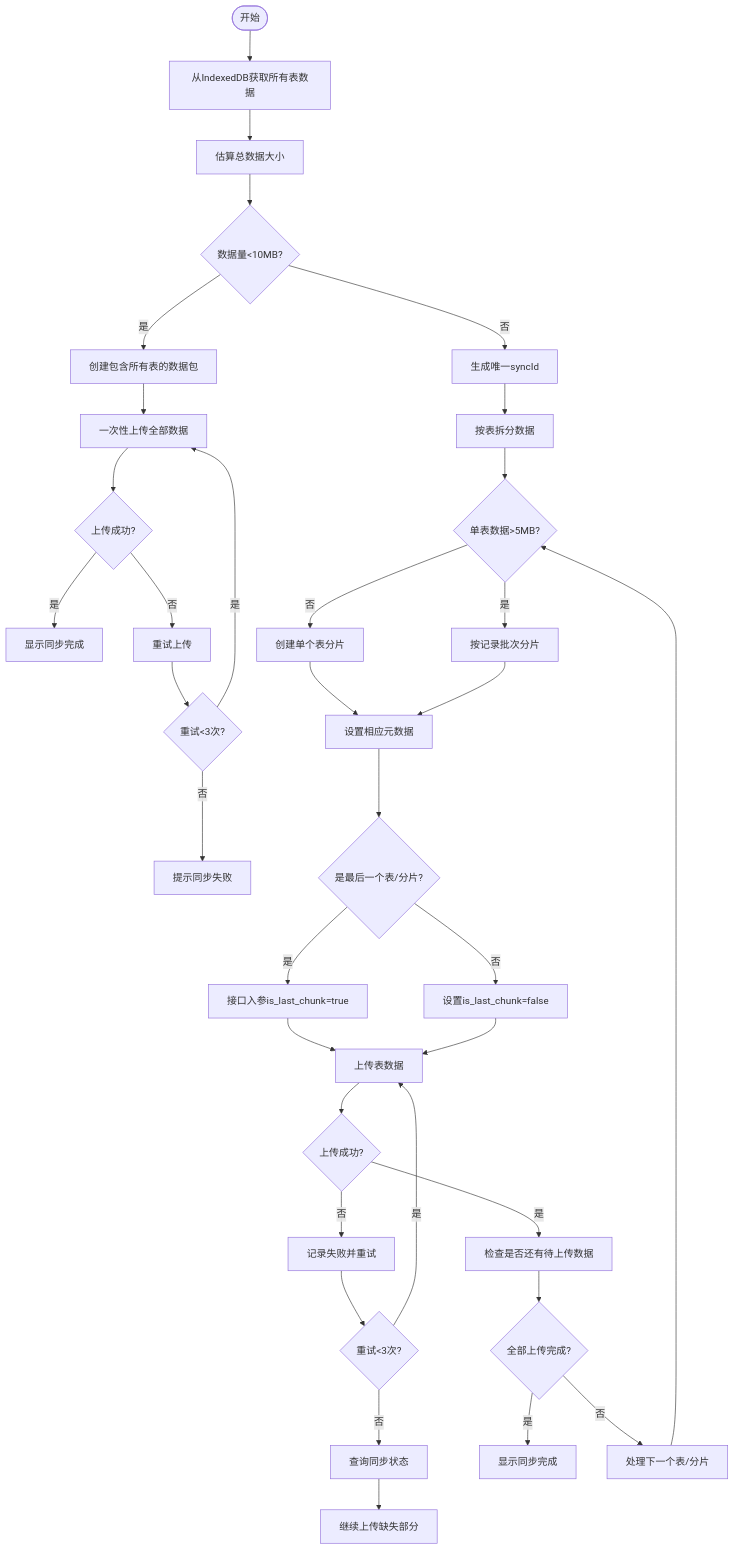
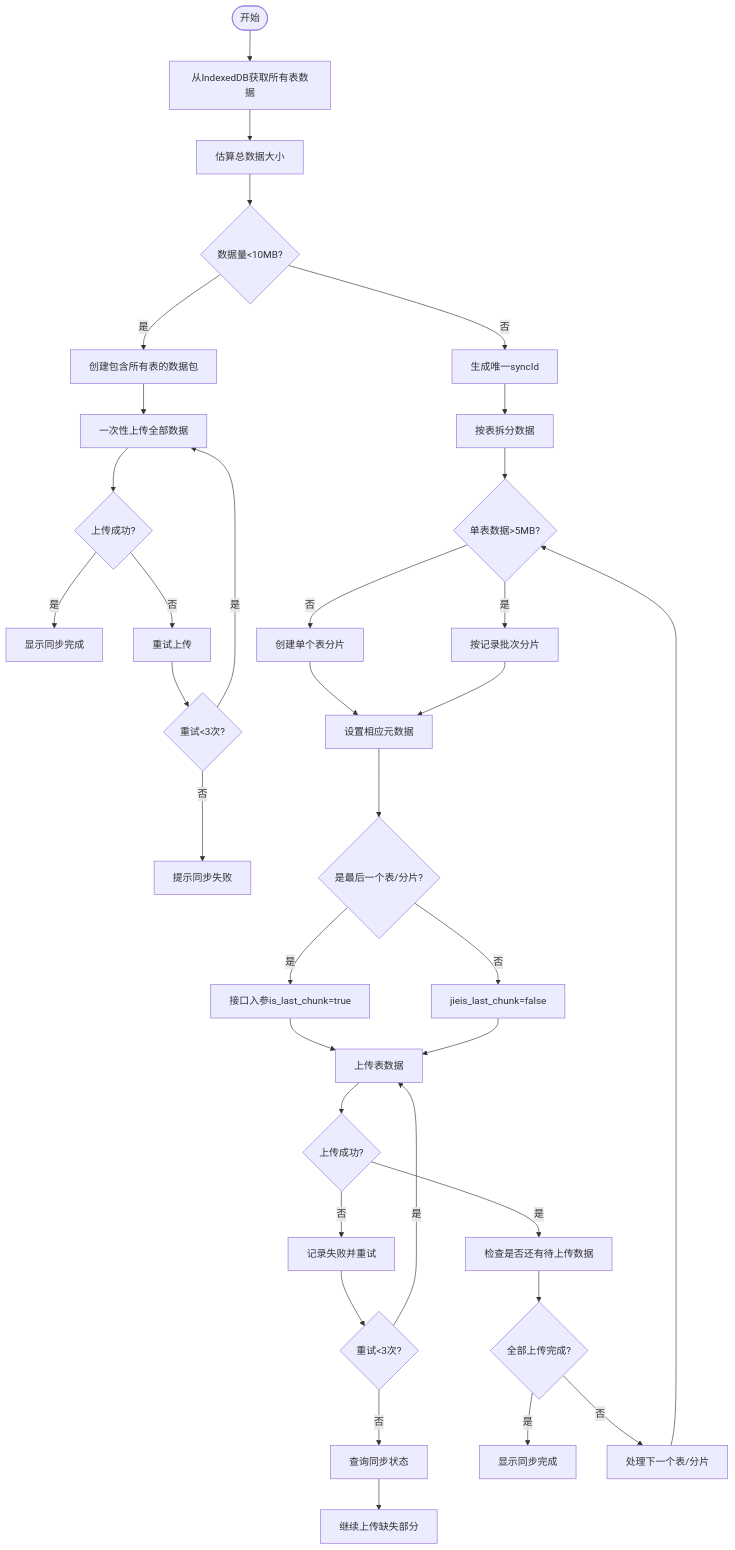
The diagram in all/未命名-62.md (yingjianzh/iodraw-files), drawn with Mermaid before and after one commit.

Commit message:
2025-05-16 14:42:28 update

````diff
--- a/all/未命名-62.md
+++ b/all/未命名-62.md
@@ -1,43 +1,43 @@
 ```mermaid
 
 flowchart TD
     A([开始]) -->E[从IndexedDB获取所有表数据]
     E --> F[估算总数据大小]
     F --> G{数据量<10MB?}
     
     %% 小数据量处理流程
     G -->|是| H[创建包含所有表的数据包]
     H --> J[一次性上传全部数据]
     J --> K{上传成功?}
     K -->|是| L[显示同步完成]
     K -->|否| M[重试上传]
     M --> N{重试<3次?}
     N -->|是| J
     N -->|否| O[提示同步失败]
     
     %% 中大数据量处理流程
     G -->|否| P[生成唯一syncId]
     P --> Q[按表拆分数据]
     Q --> R{单表数据>5MB?}
     R -->|否| S[创建单个表分片]
     R -->|是| T[按记录批次分片]
     S --> U[设置相应元数据]
     T --> U
     U --> V{是最后一个表/分片?}
     V -->|是| W[接口入参is_last_chunk=true]
-    V -->|否| X[设置is_last_chunk=false]
+    V -->|否| X[jieis_last_chunk=false]
     W --> Y[上传表数据]
     X --> Y
     Y --> Z{上传成功?}
     Z -->|是| AA[检查是否还有待上传数据]
     Z -->|否| AB[记录失败并重试]
     AB --> AC{重试<3次?}
     AC -->|是| Y
     AC -->|否| AD[查询同步状态]
     AD --> AE[继续上传缺失部分]
     AA --> AF{全部上传完成?}
     AF -->|是| AG[显示同步完成]
     AF -->|否| AH[处理下一个表/分片]
     AH --> R
 
 ```
````
